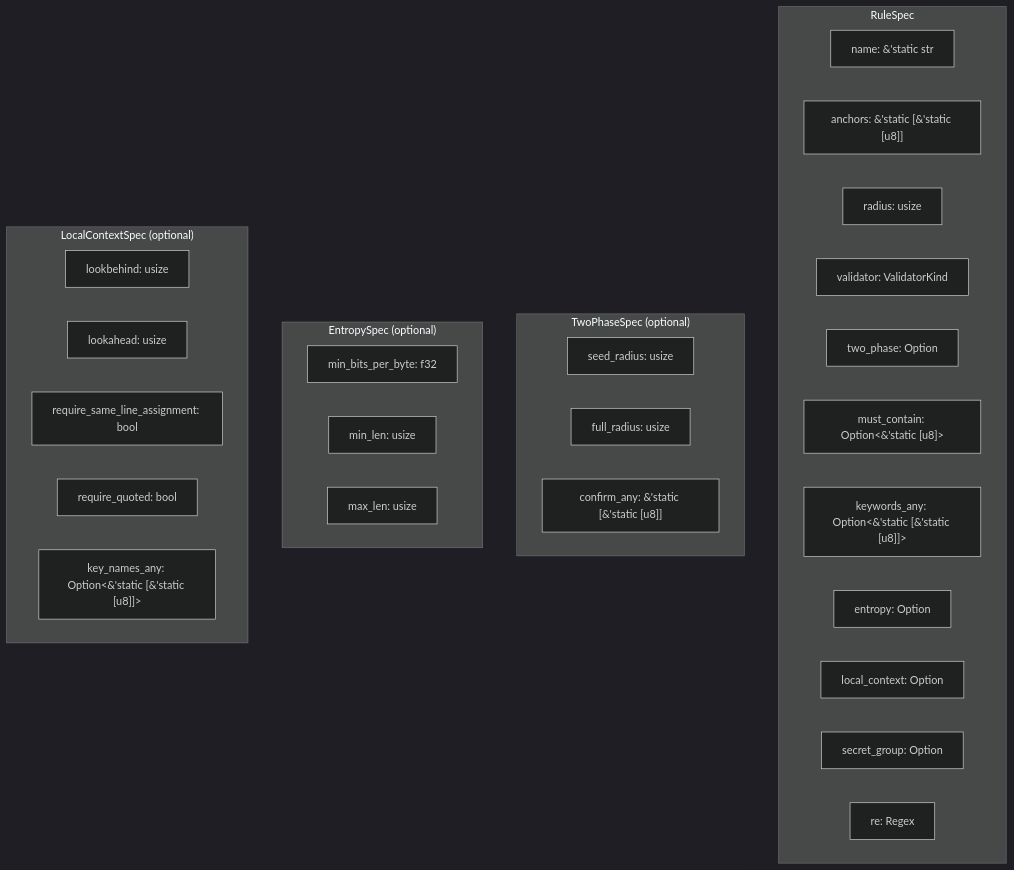
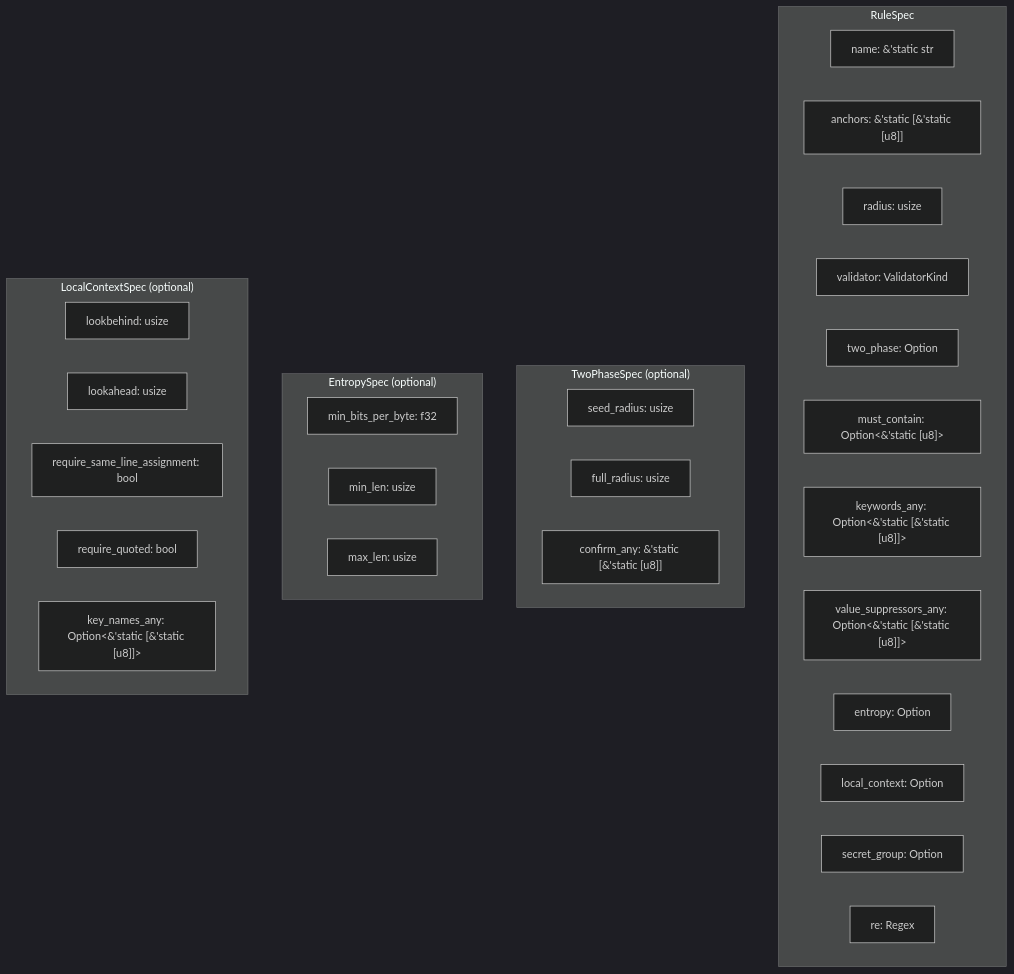
Before and after one commit to ahrav/scratch-scanner-rs: the second of 4 diagrams in docs/detection-rules.md, drawn with Mermaid (dark theme). The commit also changed other lines of this file and 3 other files, not shown here.

````diff
--- a/docs/detection-rules.md
+++ b/docs/detection-rules.md
@@ -109,36 +110,37 @@
 ```mermaid
 graph TB
     subgraph RuleSpec["RuleSpec"]
         Name["name: &'static str"]
         Anchors["anchors: &'static [&'static [u8]]"]
         Radius["radius: usize"]
         Validator["validator: ValidatorKind"]
         TwoPhase["two_phase: Option<TwoPhaseSpec>"]
         MustContain["must_contain: Option<&'static [u8]>"]
         KeywordsAny["keywords_any: Option<&'static [&'static [u8]]>"]
+        ValueSuppressorsAny["value_suppressors_any: Option<&'static [&'static [u8]]>"]
         Entropy["entropy: Option<EntropySpec>"]
         LocalContext["local_context: Option<LocalContextSpec>"]
         SecretGroup["secret_group: Option<u16>"]
         Regex["re: Regex"]
     end
 
     subgraph TwoPhaseSpec["TwoPhaseSpec (optional)"]
         SeedRadius["seed_radius: usize"]
         FullRadius["full_radius: usize"]
         ConfirmAny["confirm_any: &'static [&'static [u8]]"]
     end
 
     subgraph EntropySpec["EntropySpec (optional)"]
         MinBpb["min_bits_per_byte: f32"]
         MinLen["min_len: usize"]
         MaxLen["max_len: usize"]
     end
 
     subgraph LocalContextSpec["LocalContextSpec (optional)"]
         Lookbehind["lookbehind: usize"]
         Lookahead["lookahead: usize"]
         SameLine["require_same_line_assignment: bool"]
         Quoted["require_quoted: bool"]
         KeyNames["key_names_any: Option<&'static [&'static [u8]]>"]
     end
 ```
````
